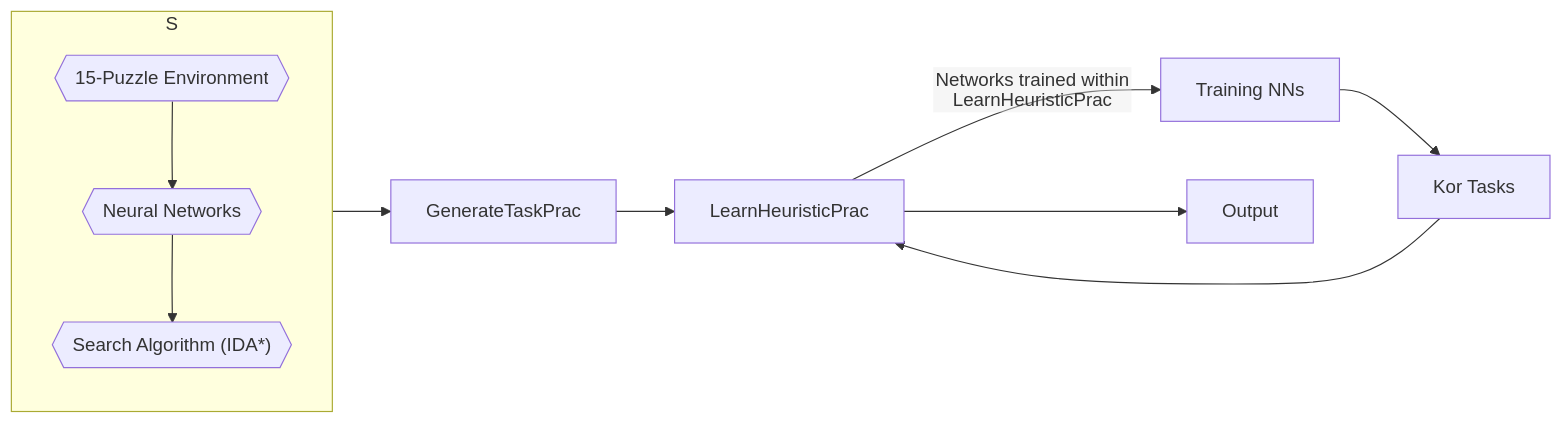
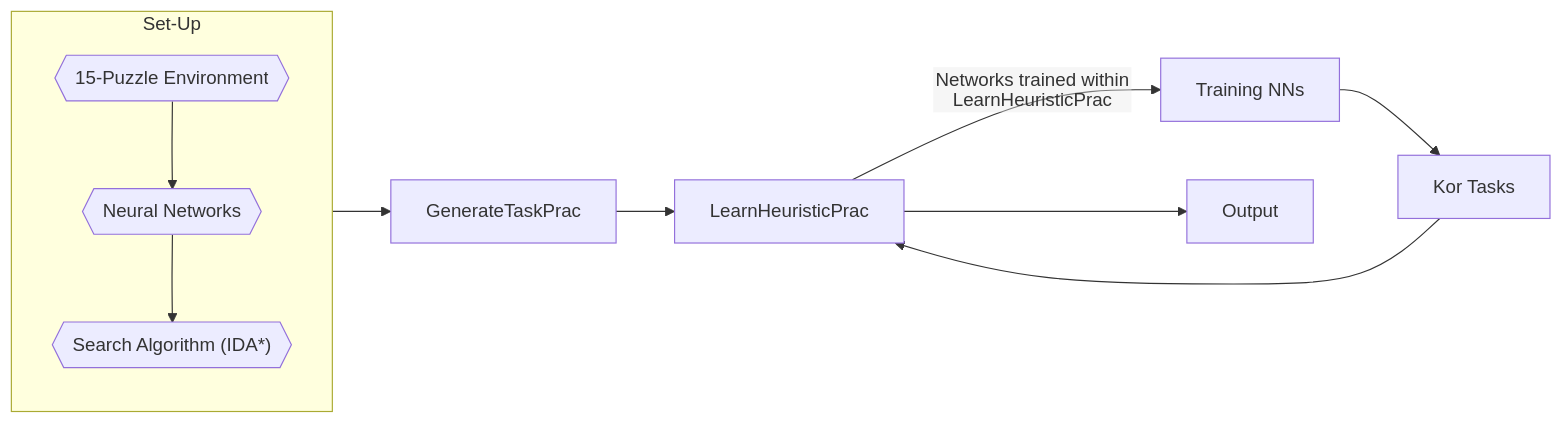
One commit to OShagHennessy/Reproducibility_Assignment changed the diagram in README.md. Above: the diagram before and after it, drawn with Mermaid.

````diff
--- a/README.md
+++ b/README.md
@@ -10,15 +10,15 @@
 ```mermaid
 
 %%{init: {"flowchart": {"htmlLabels": false}} }%%
 flowchart LR
 Algorithm3[GenerateTaskPrac]
 Algorithm4[LearnHeuristicPrac]
 TrainingNNs[Training NNs]
 Kor_Tasks[Kor Tasks]
 Output[Output]
-S --> Algorithm3 --> Algorithm4 --Networks trained within LearnHeuristicPrac--> TrainingNNs --> Kor_Tasks --> Algorithm4 --> Output
-subgraph "S"
+Set-Up --> Algorithm3 --> Algorithm4 --Networks trained within LearnHeuristicPrac--> TrainingNNs --> Kor_Tasks --> Algorithm4 --> Output
+subgraph "Set-Up"
   a{{"`15-Puzzle Environment`"}} --> b{{"`Neural Networks`"}} --> c{{"`Search Algorithm (IDA*)`"}}
 end
 
 ```
````
